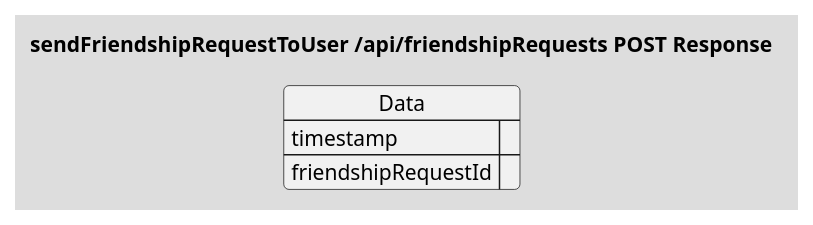
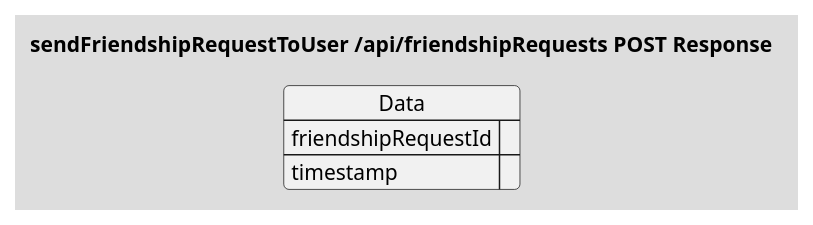
Before and after one commit to crah-app/diagrams: the second of 2 diagrams in api/src/FriendshipRequests/POST/sendFriendshipRequestToUser.puml, drawn with PlantUML. The commit also changed other lines of this file and 32 other files, not shown here.

```diff
--- a/api/src/FriendshipRequests/POST/sendFriendshipRequestToUser.puml
+++ b/api/src/FriendshipRequests/POST/sendFriendshipRequestToUser.puml
@@ -15,8 +18,8 @@
 @startuml sendFriendshipRequestToUser-Response
 !theme toy
 title "sendFriendshipRequestToUser /api/friendshipRequests POST Response"
 json Data {
-    "timestamp": "",
-    "friendshipRequestId": ""
+    "friendshipRequestId": "",
+    "timestamp": ""
 }
 @enduml
```
